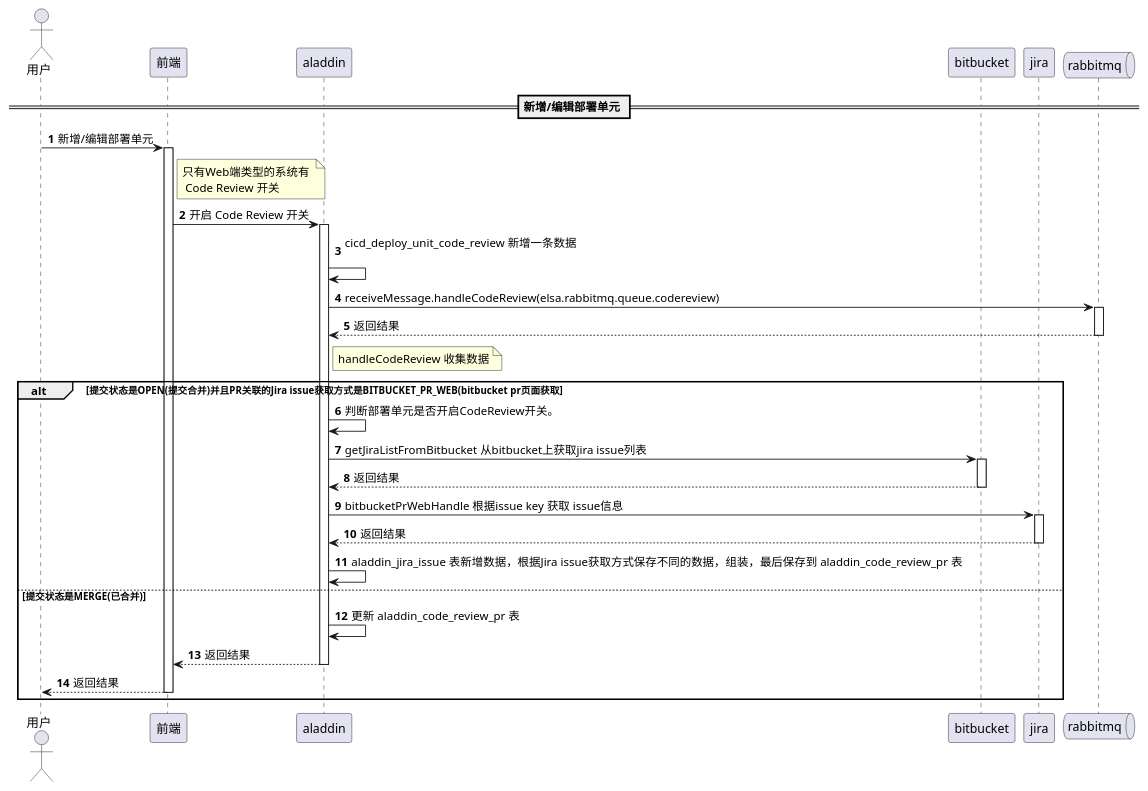
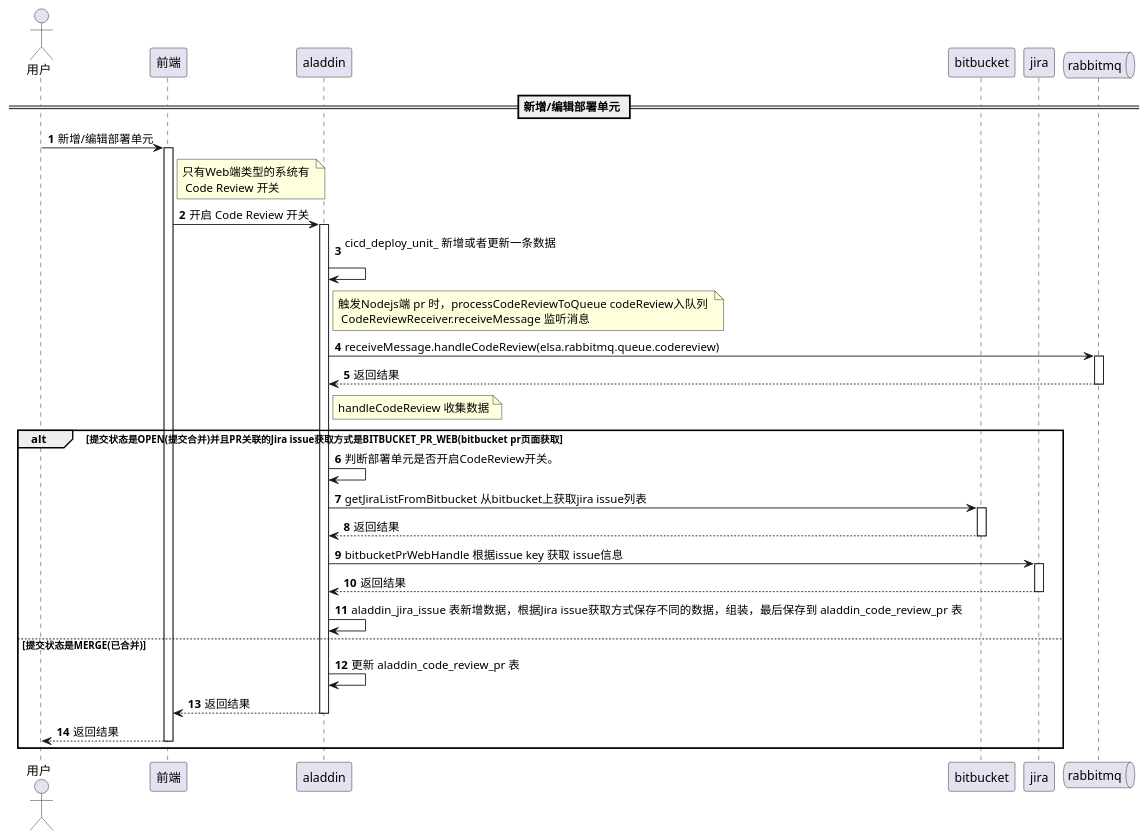
One commit to zhm-sky/zhmProject changed the diagram in src/main/java/com/zhm/plantuml/pr.puml. Above: the diagram before and after it, drawn with PlantUML.

```diff
--- a/src/main/java/com/zhm/plantuml/pr.puml
+++ b/src/main/java/com/zhm/plantuml/pr.puml
@@ -1,67 +1,68 @@
 @startuml
 
 autonumber
 
 actor "用户" as user
 
 participant "前端" as aladdinFront
 
 participant "aladdin" as aladdinServer
 
 participant "bitbucket" as bitbucket
 
 participant "jira" as jira
 
  queue rabbitmq
 
 == 新增/编辑部署单元 ==
 
 user -> aladdinFront: 新增/编辑部署单元
 activate aladdinFront
 
 note right of aladdinFront: 只有Web端类型的系统有 \n Code Review 开关
 
 aladdinFront -> aladdinServer: 开启 Code Review 开关
 activate aladdinServer
 
-aladdinServer -> aladdinServer: cicd_deploy_unit_code_review 新增一条数据 \n
+aladdinServer -> aladdinServer: cicd_deploy_unit_ 新增或者更新一条数据 \n
 
+note right of aladdinServer:  触发Nodejs端 pr 时，processCodeReviewToQueue codeReview入队列 \n CodeReviewReceiver.receiveMessage 监听消息
 aladdinServer -> rabbitmq: receiveMessage.handleCodeReview(elsa.rabbitmq.queue.codereview)
 activate rabbitmq
 
 rabbitmq --> aladdinServer: 返回结果
 deactivate rabbitmq
 
 note right of aladdinServer: handleCodeReview 收集数据
 
 alt 提交状态是OPEN(提交合并)并且PR关联的Jira issue获取方式是BITBUCKET_PR_WEB(bitbucket pr页面获取
 
 aladdinServer -> aladdinServer: 判断部署单元是否开启CodeReview开关。
 
 aladdinServer -> bitbucket: getJiraListFromBitbucket 从bitbucket上获取jira issue列表
 activate bitbucket
 
 bitbucket --> aladdinServer: 返回结果
 deactivate bitbucket
 
 aladdinServer -> jira: bitbucketPrWebHandle 根据issue key 获取 issue信息
 activate jira
 
 jira --> aladdinServer: 返回结果
 deactivate jira
 
 aladdinServer -> aladdinServer: aladdin_jira_issue 表新增数据，根据Jira issue获取方式保存不同的数据，组装，最后保存到 aladdin_code_review_pr 表
 
 else 提交状态是MERGE(已合并)
 
 aladdinServer -> aladdinServer: 更新 aladdin_code_review_pr 表
 
 aladdinServer --> aladdinFront: 返回结果
 deactivate aladdinServer
 
 aladdinFront --> user: 返回结果
 deactivate aladdinFront
 
 end
 
 @enduml
```
